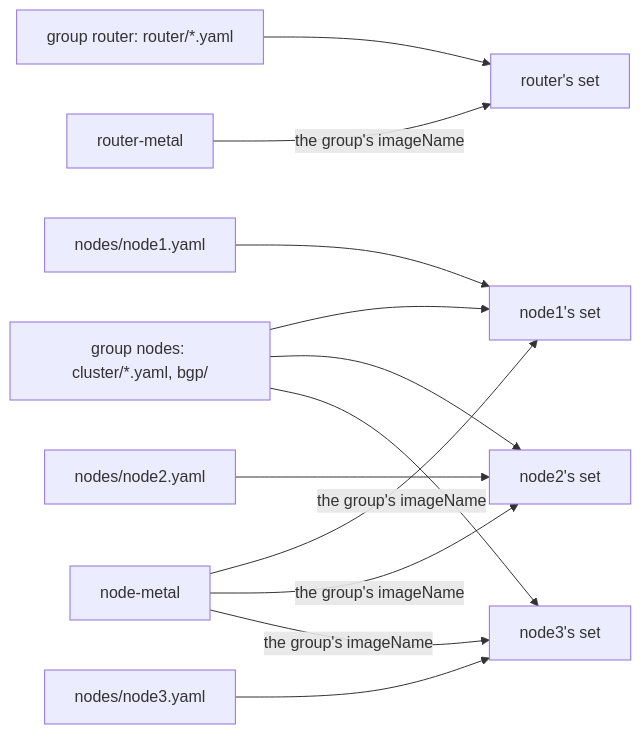
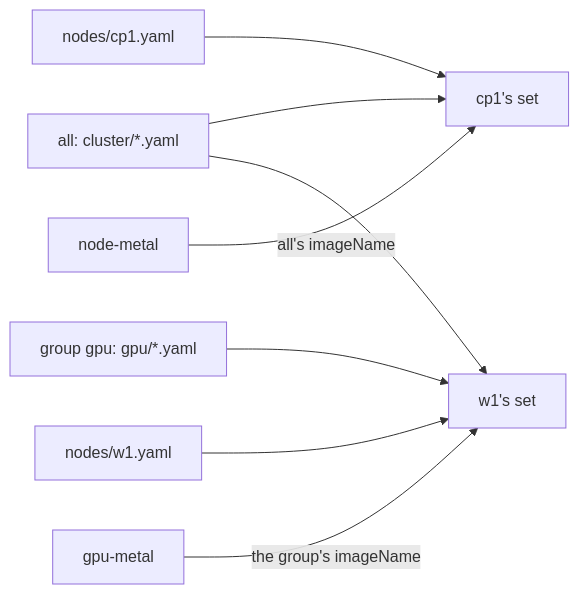
Before and after one commit to trevex/chalkos: the diagram in docs/operate/node-config.md, drawn with Mermaid. The commit also changed other lines of this file and 61 other files, not shown here.

````diff
--- a/docs/operate/node-config.md
+++ b/docs/operate/node-config.md
@@ -103,14 +122,10 @@
 ```mermaid
 flowchart LR
-    routerg["group router: router/*.yaml"] --> router["router's set"]
-    nodesg["group nodes: cluster/*.yaml, bgp/"] --> node1["node1's set"]
-    nodesg --> node2["node2's set"]
-    nodesg --> node3["node3's set"]
-    node1f["nodes/node1.yaml"] --> node1
-    node2f["nodes/node2.yaml"] --> node2
-    node3f["nodes/node3.yaml"] --> node3
-    routermetal["router-metal"] -->|the group's imageName| router
-    nodemetal["node-metal"] -->|the group's imageName| node1
-    nodemetal -->|the group's imageName| node2
-    nodemetal -->|the group's imageName| node3
+    all["all: cluster/*.yaml"] --> cp1["cp1's set"]
+    all --> w1["w1's set"]
+    gpug["group gpu: gpu/*.yaml"] --> w1
+    cp1f["nodes/cp1.yaml"] --> cp1
+    w1f["nodes/w1.yaml"] --> w1
+    nodemetal["node-metal"] -->|all's imageName| cp1
+    gpumetal["gpu-metal"] -->|the group's imageName| w1
 ```
````
